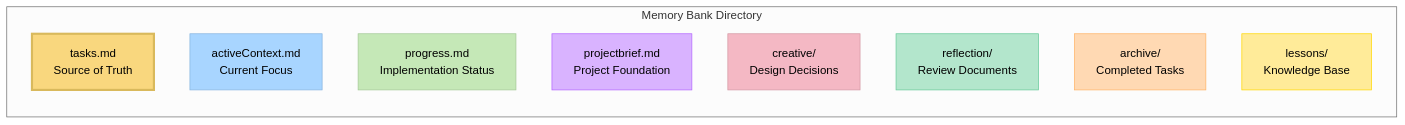
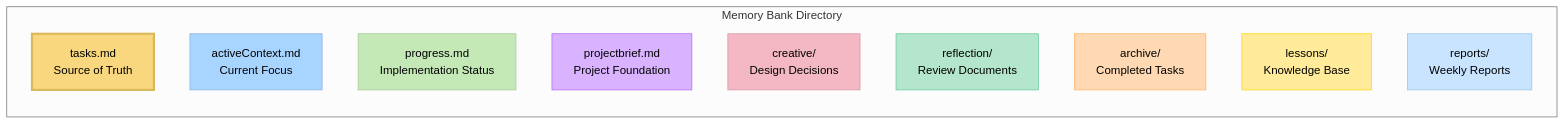
One commit to keroro520/cursor-memory-bank changed the second of 2 diagrams in README.md. Above: the diagram before and after it, drawn with Mermaid (neutral theme). The commit also changed other lines of this file and 7 other files, not shown here.

````diff
--- a/README.md
+++ b/README.md
@@ -323,22 +358,24 @@
 ```mermaid
 graph LR
     subgraph "Memory Bank Directory"
         Tasks["tasks.md<br>Source of Truth"]
         Active["activeContext.md<br>Current Focus"]
         Progress["progress.md<br>Implementation Status"]
         Brief["projectbrief.md<br>Project Foundation"]
         Creative["creative/<br>Design Decisions"]
         Reflect["reflection/<br>Review Documents"]
         Archive["archive/<br>Completed Tasks"]
         Lessons["lessons/<br>Knowledge Base"]
+        Reports["reports/<br>Weekly Reports"]
     end
 
     style Tasks fill:#f9d77e,stroke:#d9b95c,stroke-width:3px,color:black
     style Active fill:#a8d5ff,stroke:#88b5e0,color:black
     style Progress fill:#c5e8b7,stroke:#a5c897,color:black
     style Brief fill:#d9b3ff,stroke:#b366ff,color:black
     style Creative fill:#f4b8c4,stroke:#d498a4,color:black
     style Reflect fill:#b3e6cc,stroke:#66c999,color:black
     style Archive fill:#ffd9b3,stroke:#ffb366,color:black
     style Lessons fill:#ffeb99,stroke:#ffd700,color:black
+    style Reports fill:#c9e4ff,stroke:#99c4e0,color:black
 ```
````
